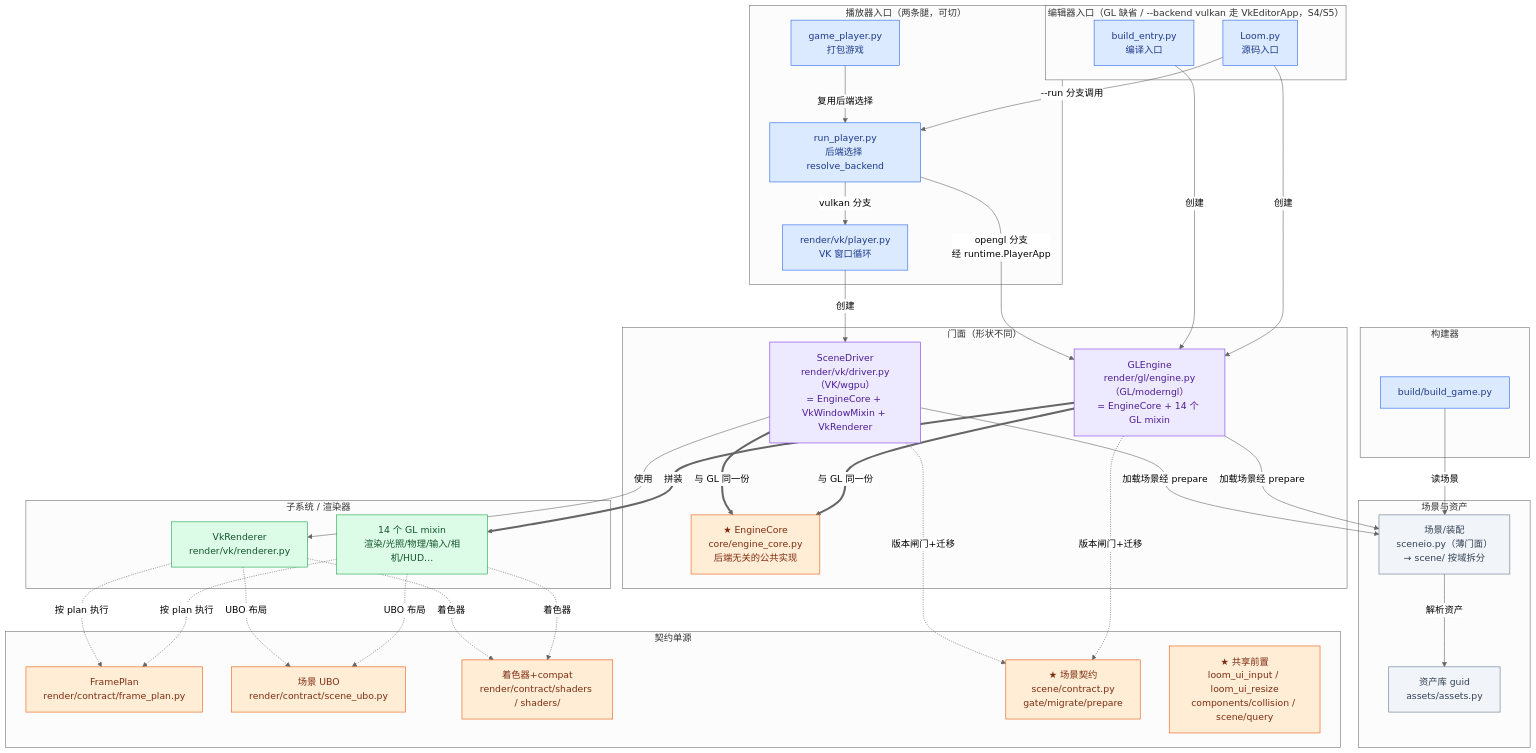
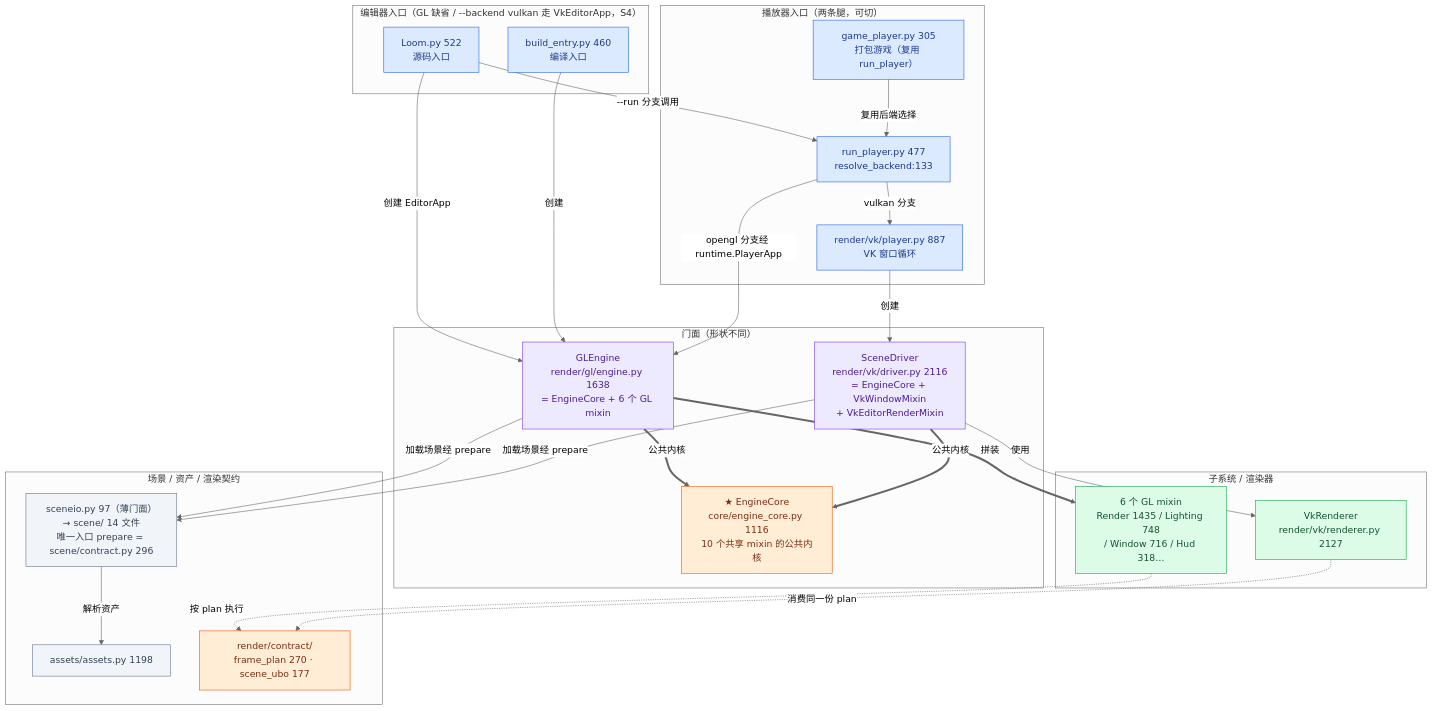
Before and after one commit to lhy302/WeaveEngine: the first of 23 diagrams in ARCHITECTURE.md, drawn with Mermaid (neutral theme). The commit also changed other lines of this file, not shown here.

First line of the commit message:
docs: 架构图 v4 —— 按 HEAD d156cee 真实状态统一重画 23 张 Mermaid 图

````diff
--- a/ARCHITECTURE.md
+++ b/ARCHITECTURE.md
@@ -74,63 +82,47 @@
 ```mermaid
 flowchart TB
-  subgraph EDENT["编辑器入口（GL 缺省 / --backend vulkan 走 VkEditorApp，S4/S5）"]
-    A1["Loom.py<br/>源码入口"]:::entry
-    A2["build_entry.py<br/>编译入口"]:::entry
+  subgraph EDENT["编辑器入口（GL 缺省 / --backend vulkan 走 VkEditorApp，S4）"]
+    A1["Loom.py 522<br/>源码入口"]:::entry
+    A2["build_entry.py 460<br/>编译入口"]:::entry
   end
   subgraph PLENT["播放器入口（两条腿，可切）"]
-    A3["run_player.py<br/>后端选择 resolve_backend"]:::entry
-    A4["game_player.py<br/>打包游戏"]:::entry
-    A5["render/vk/player.py<br/>VK 窗口循环"]:::entry
-  end
-  subgraph TOOL["构建器"]
-    A6["build/build_game.py"]:::entry
+    A3["run_player.py 477<br/>resolve_backend:133"]:::entry
+    A4["game_player.py 305<br/>打包游戏（复用 run_player）"]:::entry
+    A5["render/vk/player.py 887<br/>VK 窗口循环"]:::entry
   end
   subgraph FACADE["门面（形状不同）"]
-    B1["GLEngine<br/>render/gl/engine.py（GL/moderngl）<br/>= EngineCore + 14 个 GL mixin"]:::facade
-    B2["SceneDriver<br/>render/vk/driver.py（VK/wgpu）<br/>= EngineCore + VkWindowMixin + VkRenderer"]:::facade
-    B0["★ EngineCore<br/>core/engine_core.py<br/>后端无关的公共实现"]:::contract
+    B1["GLEngine<br/>render/gl/engine.py 1638<br/>= EngineCore + 6 个 GL mixin"]:::facade
+    B2["SceneDriver<br/>render/vk/driver.py 2116<br/>= EngineCore + VkWindowMixin<br/>+ VkEditorRenderMixin"]:::facade
+    B0["★ EngineCore<br/>core/engine_core.py 1116<br/>10 个共享 mixin 的公共内核"]:::contract
   end
   subgraph IMPL["子系统 / 渲染器"]
-    C1["14 个 GL mixin<br/>渲染/光照/物理/输入/相机/HUD…"]:::impl
-    C2["VkRenderer<br/>render/vk/renderer.py"]:::impl
+    C1["6 个 GL mixin<br/>Render 1435 / Lighting 748<br/>/ Window 716 / Hud 318…"]:::impl
+    C2["VkRenderer<br/>render/vk/renderer.py 2127"]:::impl
   end
-  subgraph CONTRACT["契约单源"]
-    D1["FramePlan<br/>render/contract/frame_plan.py"]:::contract
-    D2["场景 UBO<br/>render/contract/scene_ubo.py"]:::contract
-    D3["着色器+compat<br/>render/contract/shaders / shaders/"]:::contract
-    D4["★ 场景契约<br/>scene/contract.py<br/>gate/migrate/prepare"]:::contract
-    D5["★ 共享前置<br/>loom_ui_input / loom_ui_resize<br/>components/collision / scene/query"]:::contract
+  subgraph DATA["场景 / 资产 / 渲染契约"]
+    D1["sceneio.py 97（薄门面）<br/>→ scene/ 14 文件<br/>唯一入口 prepare = scene/contract.py 296"]:::file
+    D2["assets/assets.py 1198"]:::file
+    D3["render/contract/<br/>frame_plan 270 · scene_ubo 177"]:::contract
   end
-  subgraph DATA["场景与资产"]
-    E1["场景/装配<br/>sceneio.py（薄门面）<br/>→ scene/ 按域拆分"]:::file
-    E2["资产库 guid<br/>assets/assets.py"]:::file
-  end
-  A1 -->|创建| B1
+  A1 -->|创建 EditorApp| B1
   A2 -->|创建| B1
   A1 -->|--run 分支调用| A3
   A4 -->|复用后端选择| A3
-  A3 -->|opengl 分支<br/>经 runtime.PlayerApp| B1
+  A3 -->|opengl 分支经 runtime.PlayerApp| B1
   A3 -->|vulkan 分支| A5
   A5 -->|创建| B2
-  A6 -->|读场景| E1
   B1 ==>|拼装| C1
   B2 -->|使用| C2
-  B1 ==>|与 GL 同一份| B0
-  B2 ==>|与 GL 同一份| B0
-  B1 -->|加载场景经 prepare| E1
-  B2 -->|加载场景经 prepare| E1
-  B1 -.->|版本闸门+迁移| D4
-  B2 -.->|版本闸门+迁移| D4
-  C1 -.->|按 plan 执行| D1
-  C2 -.->|按 plan 执行| D1
-  C1 -.->|UBO 布局| D2
-  C2 -.->|UBO 布局| D2
-  C1 -.->|着色器| D3
-  C2 -.->|着色器| D3
-  E1 -->|解析资产| E2
+  B1 ==>|公共内核| B0
+  B2 ==>|公共内核| B0
+  B1 -->|加载场景经 prepare| D1
+  B2 -->|加载场景经 prepare| D1
+  D1 -->|解析资产| D2
+  C1 -.->|按 plan 执行| D3
+  C2 -.->|消费同一份 plan| D3
   classDef entry fill:#dbeafe,stroke:#2563eb,color:#1e3a8a
   classDef facade fill:#ede9fe,stroke:#7c3aed,color:#4c1d95
   classDef impl fill:#dcfce7,stroke:#16a34a,color:#14532d
   classDef contract fill:#ffedd5,stroke:#ea580c,color:#7c2d12
   classDef file fill:#f1f5f9,stroke:#64748b,color:#334155
 ```
````
